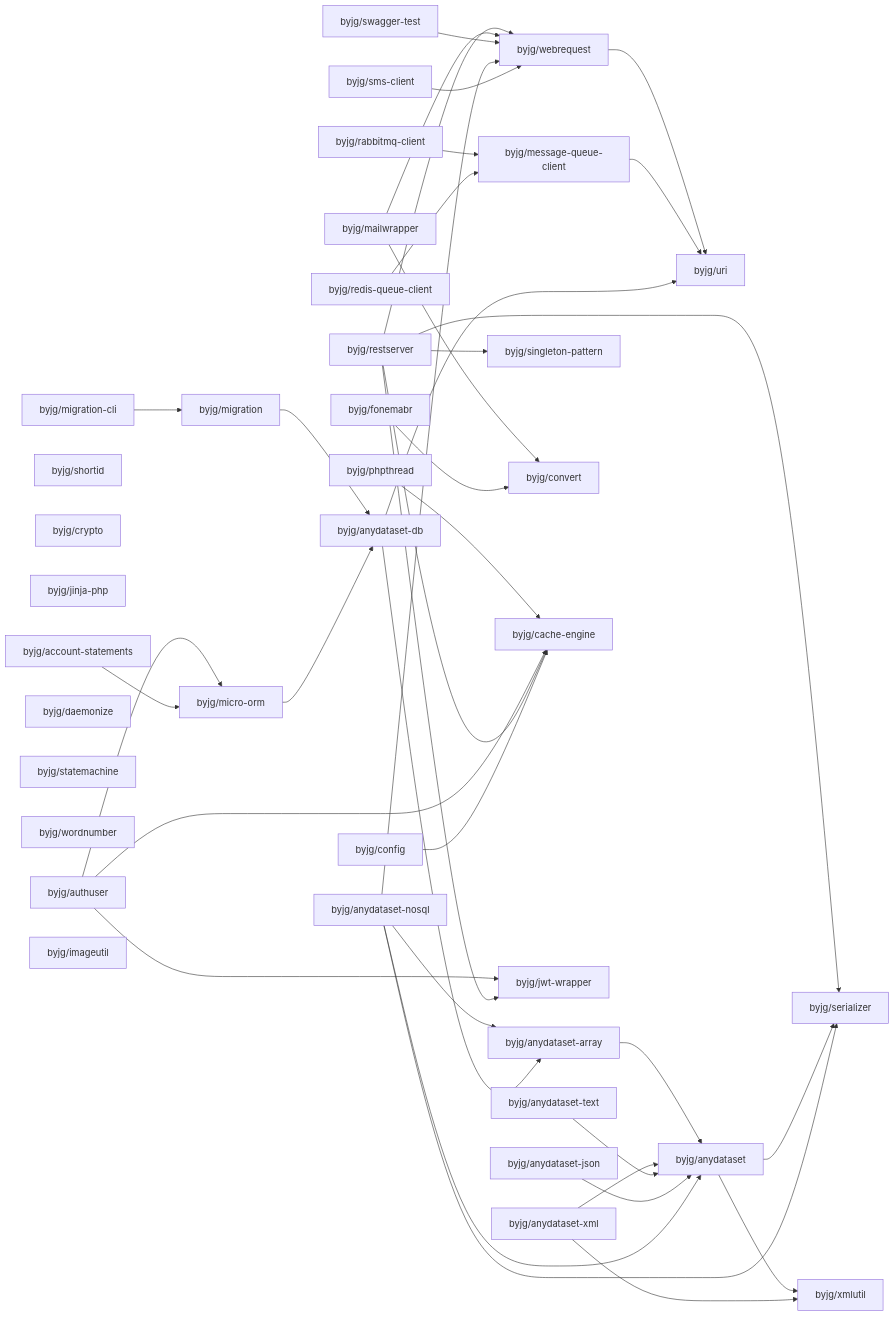
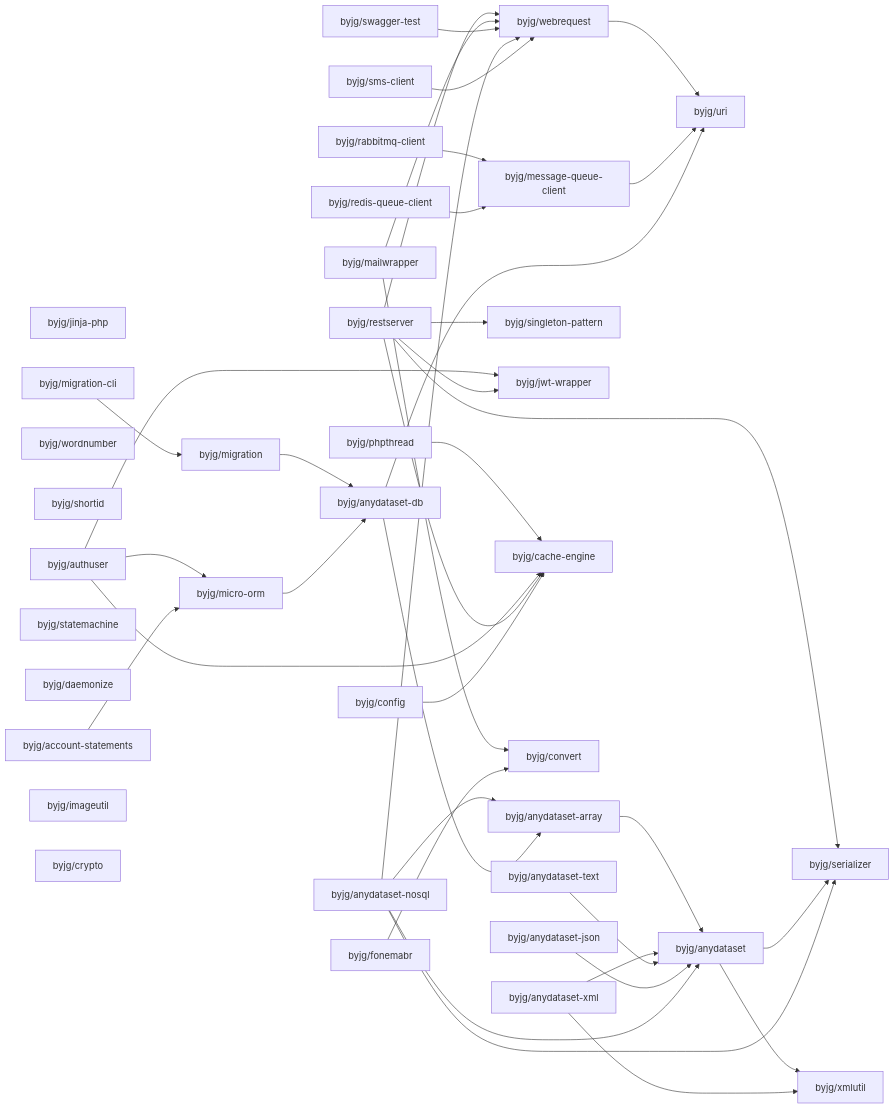
The diagram in docs/php/README.md (byjg/byjg.github.io), drawn with Mermaid before and after one commit. The commit also changed other lines of this file, not shown here.

Commit message:
Update documentation 'php' 'php-anydataset'

````diff
--- a/docs/php/README.md
+++ b/docs/php/README.md
@@ -3,76 +3,76 @@
 ```mermaid
 graph LR;
+  byjg/redis-queue-client;
+  byjg/sms-client;
+  byjg/jinja-php;
+  byjg/authuser;
+  byjg/wordnumber;
+  byjg/shortid;
+  byjg/restserver;
+  byjg/migration-cli;
+  byjg/anydataset-json;
+  byjg/swagger-test;
+  byjg/statemachine;
+  byjg/anydataset-nosql;
+  byjg/config;
+  byjg/rabbitmq-client;
+  byjg/daemonize;
+  byjg/anydataset-text;
+  byjg/phpthread;
+  byjg/fonemabr;
+  byjg/account-statements;
+  byjg/imageutil;
   byjg/anydataset-xml;
-  byjg/migration-cli;
+  byjg/crypto;
   byjg/mailwrapper;
-  byjg/shortid;
-  byjg/crypto;
-  byjg/anydataset-nosql;
-  byjg/sms-client;
-  byjg/rabbitmq-client;
-  byjg/redis-queue-client;
-  byjg/anydataset-json;
-  byjg/jinja-php;
-  byjg/account-statements;
-  byjg/restserver;
-  byjg/config;
-  byjg/fonemabr;
-  byjg/daemonize;
-  byjg/statemachine;
-  byjg/wordnumber;
-  byjg/phpthread;
-  byjg/authuser;
-  byjg/anydataset-text;
-  byjg/swagger-test;
-  byjg/imageutil;
+  byjg/singleton-pattern;
+  byjg/jwt-wrapper;
   byjg/migration;
   byjg/message-queue-client;
-  byjg/singleton-pattern;
+  byjg/cache-engine;
+  byjg/micro-orm;
   byjg/convert;
-  byjg/micro-orm;
-  byjg/cache-engine;
-  byjg/jwt-wrapper;
   byjg/webrequest;
   byjg/anydataset-db;
   byjg/anydataset-array;
   byjg/uri;
   byjg/anydataset;
   byjg/serializer;
   byjg/xmlutil;
   byjg/phpthread --> byjg/cache-engine;
   byjg/authuser --> byjg/micro-orm;
   byjg/authuser --> byjg/cache-engine;
   byjg/authuser --> byjg/jwt-wrapper;
   byjg/anydataset-array --> byjg/anydataset;
   byjg/restserver --> byjg/serializer;
   byjg/restserver --> byjg/singleton-pattern;
   byjg/restserver --> byjg/cache-engine;
   byjg/restserver --> byjg/webrequest;
   byjg/restserver --> byjg/jwt-wrapper;
   byjg/mailwrapper --> byjg/convert;
   byjg/mailwrapper --> byjg/webrequest;
   byjg/swagger-test --> byjg/webrequest;
   byjg/migration --> byjg/anydataset-db;
   byjg/account-statements --> byjg/micro-orm;
   byjg/anydataset --> byjg/serializer;
   byjg/anydataset --> byjg/xmlutil;
   byjg/fonemabr --> byjg/convert;
   byjg/anydataset-xml --> byjg/anydataset;
   byjg/anydataset-xml --> byjg/xmlutil;
   byjg/webrequest --> byjg/uri;
   byjg/config --> byjg/cache-engine;
   byjg/migration-cli --> byjg/migration;
   byjg/anydataset-text --> byjg/anydataset;
   byjg/micro-orm --> byjg/anydataset-db;
   byjg/message-queue-client --> byjg/uri;
   byjg/anydataset-json --> byjg/anydataset;
   byjg/anydataset-nosql --> byjg/anydataset;
   byjg/anydataset-nosql --> byjg/anydataset-array;
   byjg/anydataset-nosql --> byjg/serializer;
   byjg/anydataset-nosql --> byjg/webrequest;
   byjg/anydataset-db --> byjg/anydataset-array;
   byjg/anydataset-db --> byjg/uri;
   byjg/rabbitmq-client --> byjg/message-queue-client;
   byjg/redis-queue-client --> byjg/message-queue-client;
   byjg/sms-client --> byjg/webrequest;
 ```
````
